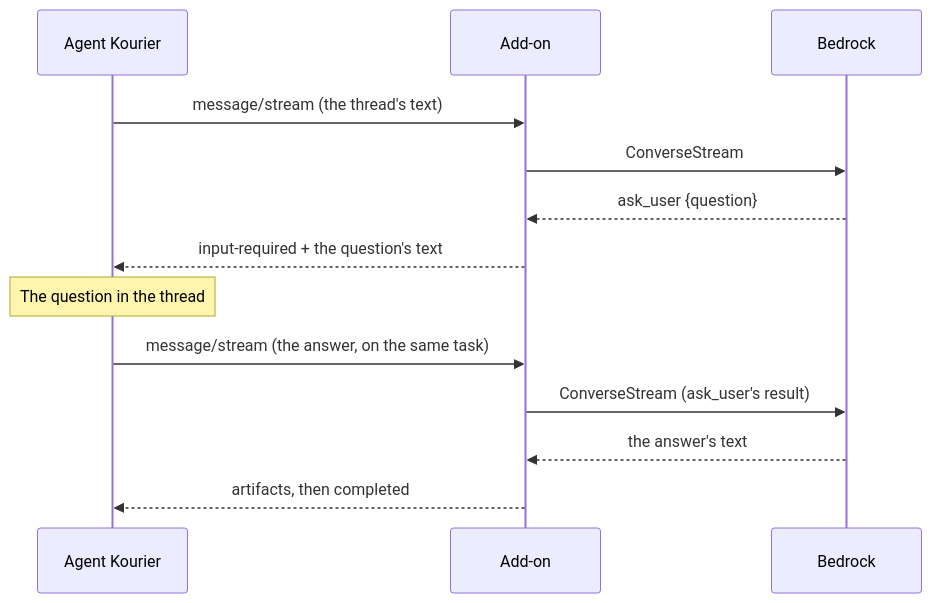
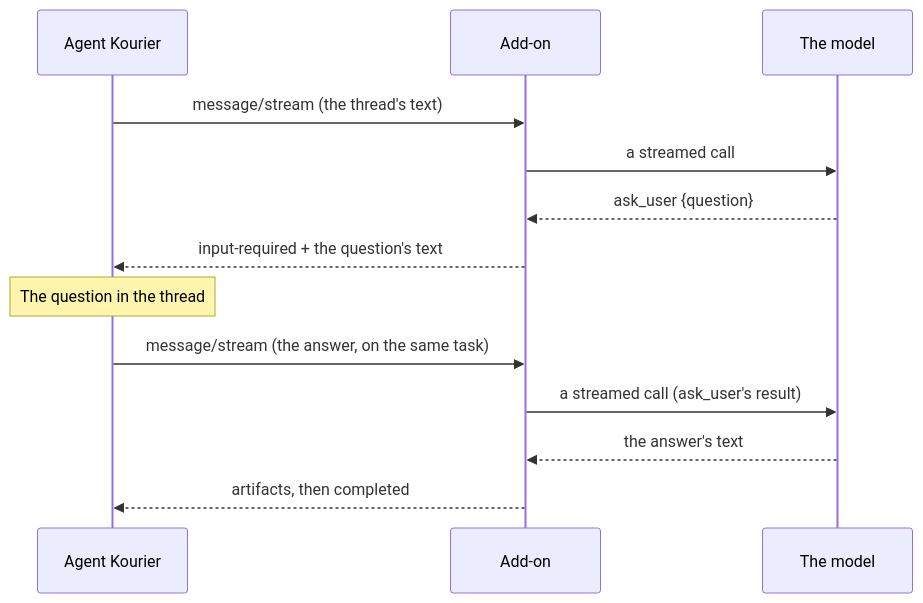
Before and after one commit to agentkourier/agent-kourier: the second of 2 diagrams in docs/reference/ax.md, drawn with Mermaid. The commit also changed other lines of this file and 7 other files, not shown here.

````diff
--- a/docs/reference/ax.md
+++ b/docs/reference/ax.md
@@ -48,16 +49,16 @@
 ```mermaid
 sequenceDiagram
   participant K as Agent Kourier
   participant A as Add-on
-  participant M as Bedrock
+  participant M as The model
 
   K->>A: message/stream (the thread's text)
-  A->>M: ConverseStream
+  A->>M: a streamed call
   M-->>A: ask_user {question}
   A-->>K: input-required + the question's text
   Note over K: The question in the thread
   K->>A: message/stream (the answer, on the same task)
-  A->>M: ConverseStream (ask_user's result)
+  A->>M: a streamed call (ask_user's result)
   M-->>A: the answer's text
   A-->>K: artifacts, then completed
 ```
````
